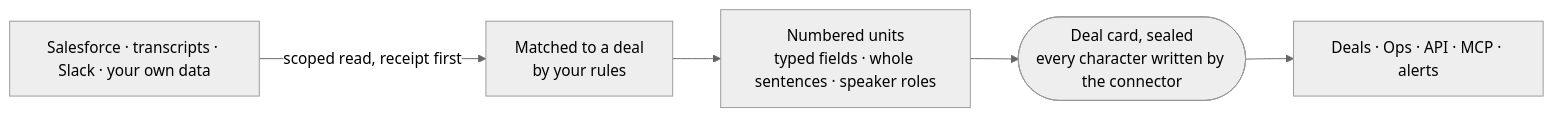
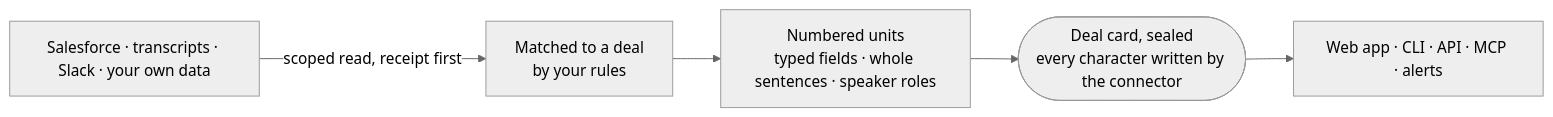
Before and after one commit to pwngh/gtm-connector: the diagram in README.md, drawn with Mermaid (neutral theme). The commit also changed other lines of this file and 2 other files, not shown here.

Commit message:
docs: readme with the deal card anatomy, architecture, workflows by role and calibrated guarantees

````diff
--- a/README.md
+++ b/README.md
@@ -86,7 +109,7 @@
 ```mermaid
 flowchart LR
     S["Salesforce · transcripts · Slack · your own data"] -->|"scoped read, receipt first"| M["Matched to a deal<br/>by your rules"]
     M --> U["Numbered units<br/>typed fields · whole sentences · speaker roles"]
     U --> C(["Deal card, sealed<br/>every character written by the connector"])
-    C --> O["Deals · Ops · API · MCP · alerts"]
+    C --> O["Web app · CLI · API · MCP · alerts"]
 ```
````
